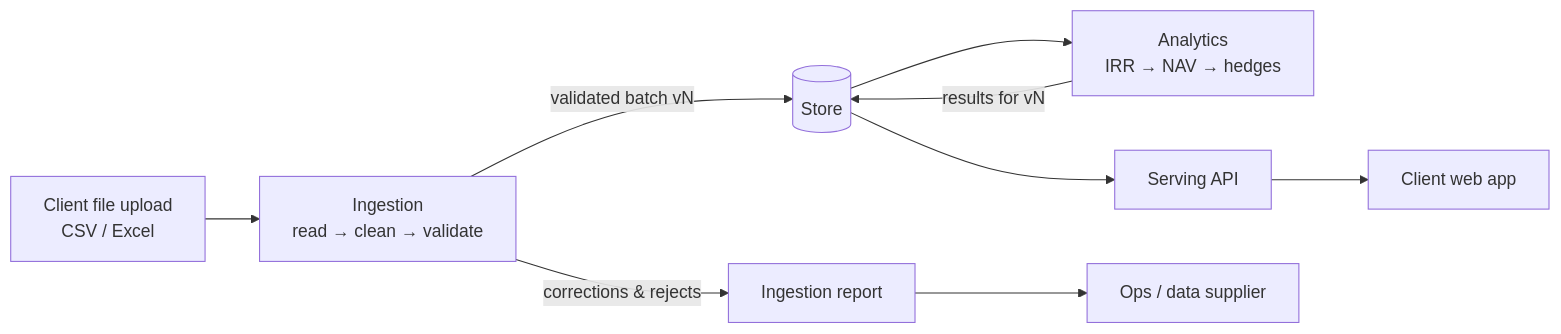
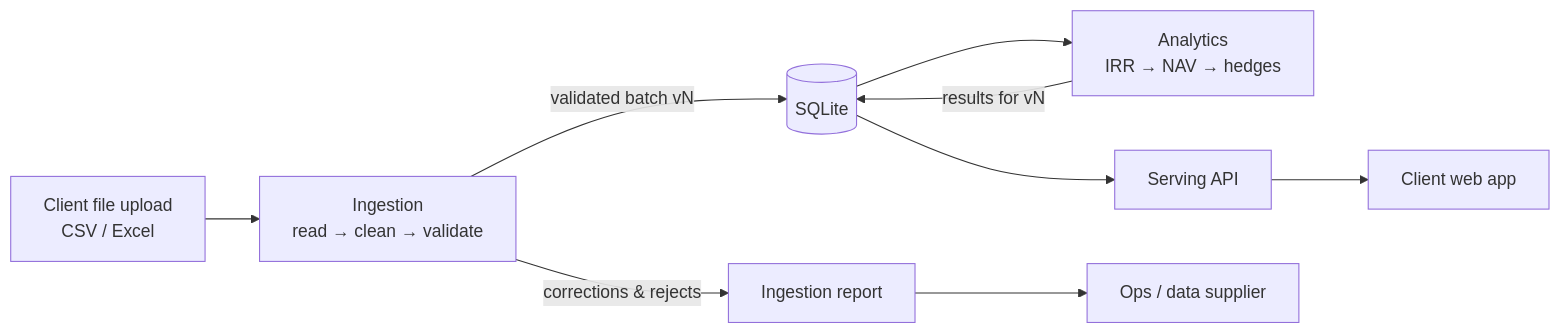
Before and after one commit to Chouvic/risk-view: the second of 2 diagrams in docs/design.md, drawn with Mermaid. The commit also changed other lines of this file and 35 other files, not shown here.

First line of the commit message:
Replace the in-memory store with SQLite via SQLAlchemy and Alembic

````diff
--- a/docs/design.md
+++ b/docs/design.md
@@ -83,11 +84,11 @@
 ```mermaid
 flowchart LR
     A[Client file upload<br/>CSV / Excel] --> B[Ingestion<br/>read → clean → validate]
     B -->|corrections & rejects| R[Ingestion report]
-    B -->|validated batch vN| C[(Store)]
+    B -->|validated batch vN| C[(SQLite)]
     C --> D[Analytics<br/>IRR → NAV → hedges]
     D -->|results for vN| C
     C --> E[Serving API]
     E --> F[Client web app]
     R --> G[Ops / data supplier]
 ```
````
